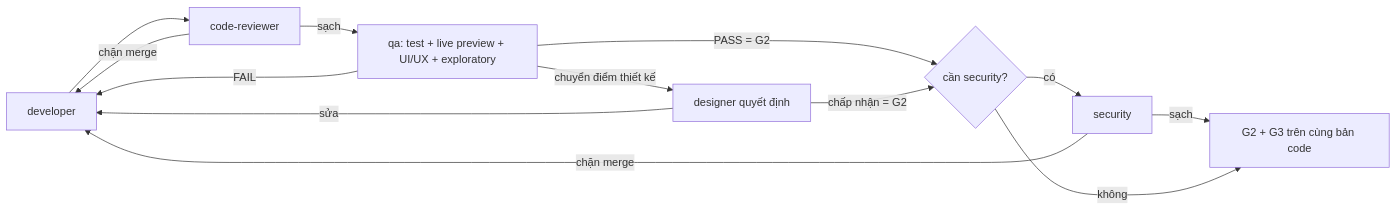
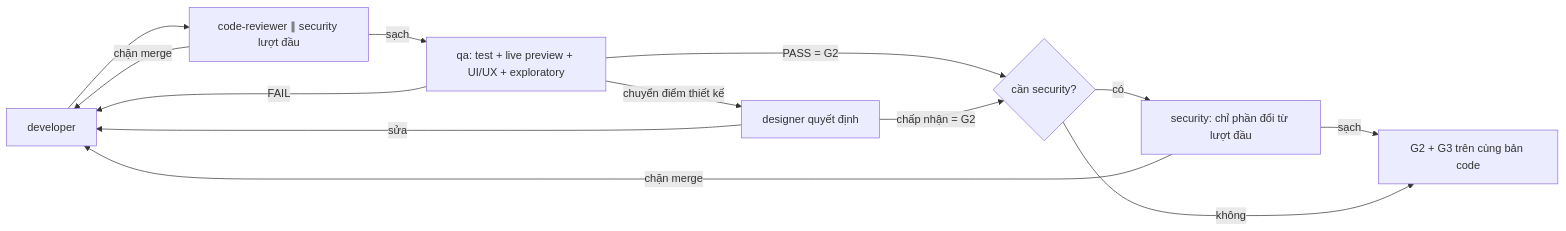
The second of 4 diagrams in README.md (Tuan-Quyen/technical-teams), drawn with Mermaid before and after one commit. The commit also changed other lines of this file and 12 other files, not shown here.

````diff
--- a/README.md
+++ b/README.md
@@ -182,15 +182,15 @@
 ```mermaid
 flowchart LR
-  D[developer] --> CR[code-reviewer]
+  D[developer] --> CR[code-reviewer ∥ security lượt đầu]
   CR -- chặn merge --> D
   CR -- sạch --> Q[qa: test + live preview + UI/UX + exploratory]
   Q -- FAIL --> D
   Q -- PASS = G2 --> S{cần security?}
   Q -- chuyển điểm thiết kế --> DR[designer quyết định]
   DR -- sửa --> D
   DR -- chấp nhận = G2 --> S
-  S -- có --> SEC[security]
+  S -- có --> SEC[security: chỉ phần đổi từ lượt đầu]
   SEC -- chặn merge --> D
   SEC -- sạch --> X[G2 + G3 trên cùng bản code]
   S -- không --> X
 ```
````
